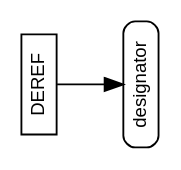
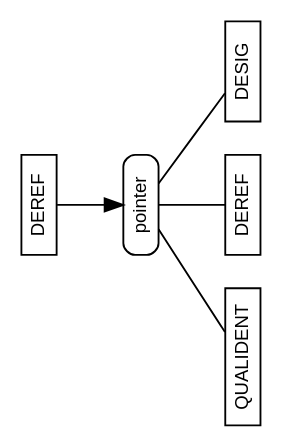
The diagram in deref.dot (m2sf/M2-AST-Node-Diagrams), drawn with Graphviz before and after one commit.

Commit message:
new file

```diff
--- a/deref.dot
+++ b/deref.dot
@@ -1,61 +1,68 @@
 /* AST node diagram generator script collection for M2C, M2J and M2Sharp.
  *
  * Copyright (c) 2016 The Modula-2 Software Foundation
  *
  * Author & Maintainer: Benjamin Kowarsch <org.m2sf>
  *
  * @synopsis
  *
  * The M2C, M2J and M2Sharp compilers are multi-dialect Modula-2 translators
  * and compilers respectively targeting C99, Java/JVM and C#/CLR, sharing a
  * common abstract syntax tree (AST) specification.
  *
  * The AST node diagram generator script collection consists of Graphviz DOT
  * descriptions for all AST node types of the common AST specification.
  *
  * The Graphviz dot utility is required to generate the diagrams. 
  * It may be obtained from http://www.graphviz.org/download.php.
  *
  * @repository
  *
  * https://github.com/m2sf/m2-ast-node-diagrams
  *
  * @file
  *
  * deref.dot
  *
  * DEREF node diagram.
  *
  * Usage: $ dot deref.dot -Tps > deref.ps
  *
  * @license
  *
  * This is free software: you can redistribute and/or modify it under the
  * terms of the GNU Lesser General Public License (LGPL) either version 2.1
  * or at your choice version 3 as published by the Free Software Foundation.
  * However, you may not alter the copyright, author and license information.
  *
  * It is distributed in the hope that it will be useful,  but WITHOUT
  * ANY WARRANTY; without even the implied warranty of MERCHANTABILITY or
  * FITNESS FOR A PARTICULAR PURPOSE.  Read the license for more details.
  *
  * You should have received a copy of the GNU Lesser General Public License.
  * If not, see <https://www.gnu.org/copyleft/lesser.html>.
  *
  * NB: Components in the domain part of email addresses are in reverse order.
  */
 
 /*** DEREF Node ***/
 
 digraph DEREF {
   graph [orientation=landscape,fontname=helvetica];
   node [fontname=helvetica,fontsize=10,shape=box,height=0.25];
   
   node [style=solid];
   edge [arrowhead=normal];
   
   DEREF -> id0;
-  id0 [label="designator",style=rounded];
+  id0 [label="pointer",style=rounded];
+  
+  edge [arrowhead=none];
+
+  id0 -> { id1 id2 id3 };
+  id1 [label="QUALIDENT"];
+  id2 [label="DEREF"];
+  id3 [label="DESIG"];
 }
 
 /* END OF FILE */
```
